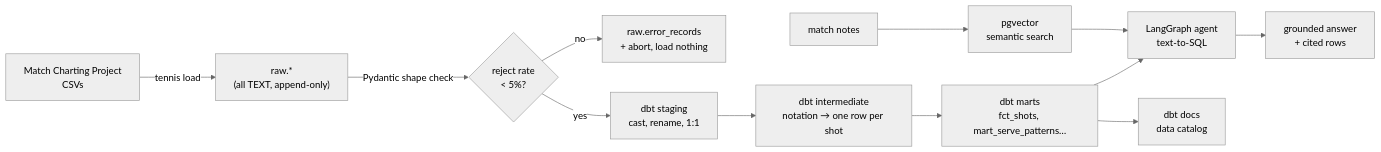
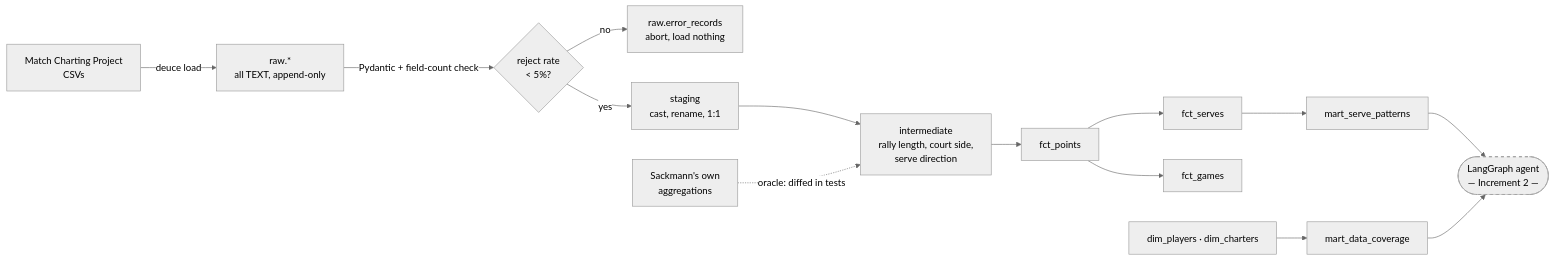
The diagram in README.md (kylezehaoqin/deuce), drawn with Mermaid (neutral theme) before and after one commit. The commit also changed other lines of this file, not shown here.

First line of the commit message:
Bring the README current: Increment 1 shipped, and lead with the findings

````diff
--- a/README.md
+++ b/README.md
@@ -51,14 +116,17 @@
 ```mermaid
 flowchart LR
-  A["Match Charting Project<br/>CSVs"] -->|tennis load| B["raw.*<br/>(all TEXT, append-only)"]
-  B -->|Pydantic shape check| C{"reject rate<br/>&lt; 5%?"}
-  C -->|no| X["raw.error_records<br/>+ abort, load nothing"]
-  C -->|yes| D["dbt staging<br/>cast, rename, 1:1"]
-  D --> E["dbt intermediate<br/>notation → one row per shot"]
-  E --> F["dbt marts<br/>fct_shots, mart_serve_patterns…"]
-  F --> G["LangGraph agent<br/>text-to-SQL"]
-  F --> H["dbt docs<br/>data catalog"]
-  I["match notes"] --> J["pgvector<br/>semantic search"]
-  J --> G
-  G --> K["grounded answer<br/>+ cited rows"]
+  A["Match Charting Project<br/>CSVs"] -->|deuce load| B["raw.*<br/>all TEXT, append-only"]
+  B -->|Pydantic + field-count check| C{"reject rate<br/>&lt; 5%?"}
+  C -->|no| X["raw.error_records<br/>abort, load nothing"]
+  C -->|yes| D["staging<br/>cast, rename, 1:1"]
+  D --> E["intermediate<br/>rally length, court side,<br/>serve direction"]
+  E --> F["fct_points"]
+  F --> G["fct_serves"]
+  F --> H["fct_games"]
+  G --> I["mart_serve_patterns"]
+  J["dim_players · dim_charters"] --> K["mart_data_coverage"]
+  I --> L(["LangGraph agent<br/>— Increment 2 —"])
+  K --> L
+  M["Sackmann's own<br/>aggregations"] -.->|oracle: diffed in tests| E
+  style L stroke-dasharray: 5 5
 ```
````
